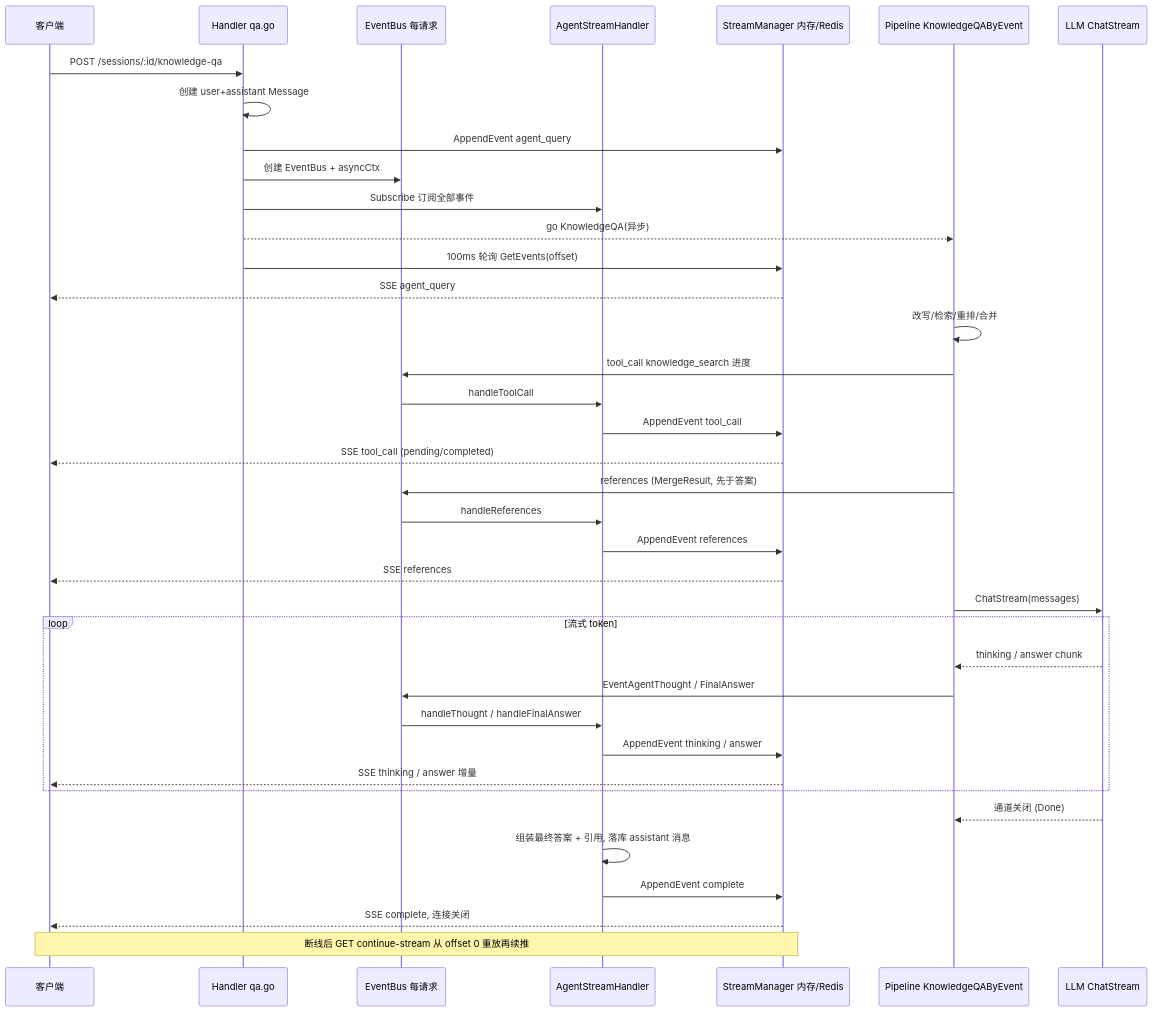
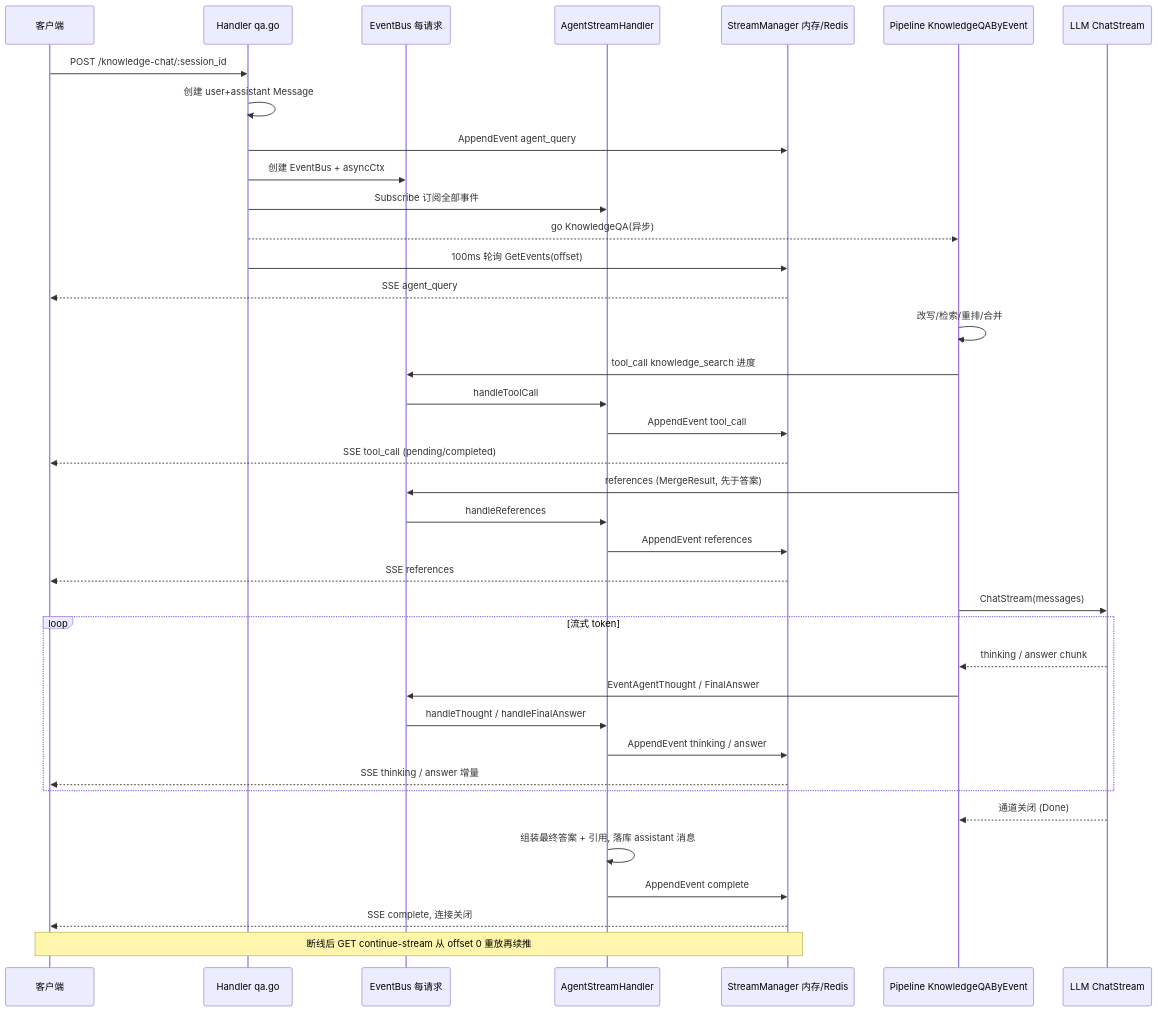
Before and after one commit to michadel/WeKnora: the third of 3 diagrams in website-docs/02-architecture/04-rag-pipeline.md, drawn with Mermaid. The commit also changed other lines of this file and 125 other files, not shown here.

````diff
--- a/website-docs/02-architecture/04-rag-pipeline.md
+++ b/website-docs/02-architecture/04-rag-pipeline.md
@@ -399,41 +421,41 @@
 ```mermaid
 sequenceDiagram
     participant C as 客户端
     participant H as Handler qa.go
     participant B as EventBus 每请求
     participant S as AgentStreamHandler
     participant M as StreamManager 内存/Redis
     participant P as Pipeline KnowledgeQAByEvent
     participant L as LLM ChatStream
 
-    C->>H: POST /sessions/:id/knowledge-qa
+    C->>H: POST /knowledge-chat/:session_id
     H->>H: 创建 user+assistant Message
     H->>M: AppendEvent agent_query
     H->>B: 创建 EventBus + asyncCtx
     H->>S: Subscribe 订阅全部事件
     H-->>P: go KnowledgeQA(异步)
     H->>M: 100ms 轮询 GetEvents(offset)
     M-->>C: SSE agent_query
     P->>P: 改写/检索/重排/合并
     P->>B: tool_call knowledge_search 进度
     B->>S: handleToolCall
     S->>M: AppendEvent tool_call
     M-->>C: SSE tool_call (pending/completed)
     P->>B: references (MergeResult, 先于答案)
     B->>S: handleReferences
     S->>M: AppendEvent references
     M-->>C: SSE references
     P->>L: ChatStream(messages)
     loop 流式 token
         L-->>P: thinking / answer chunk
         P->>B: EventAgentThought / FinalAnswer
         B->>S: handleThought / handleFinalAnswer
         S->>M: AppendEvent thinking / answer
         M-->>C: SSE thinking / answer 增量
     end
     L-->>P: 通道关闭 (Done)
     S->>S: 组装最终答案 + 引用, 落库 assistant 消息
     S->>M: AppendEvent complete
     M-->>C: SSE complete, 连接关闭
     Note over C,M: 断线后 GET continue-stream 从 offset 0 重放再续推
 ```
````
